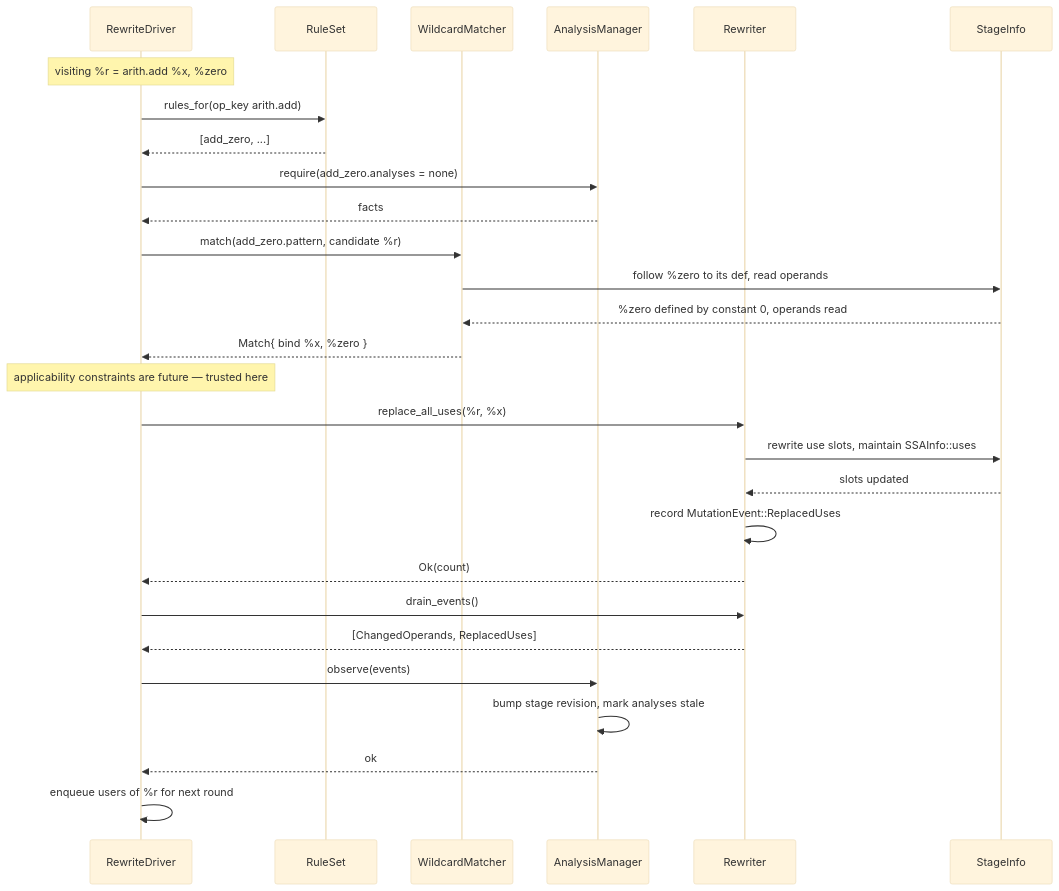
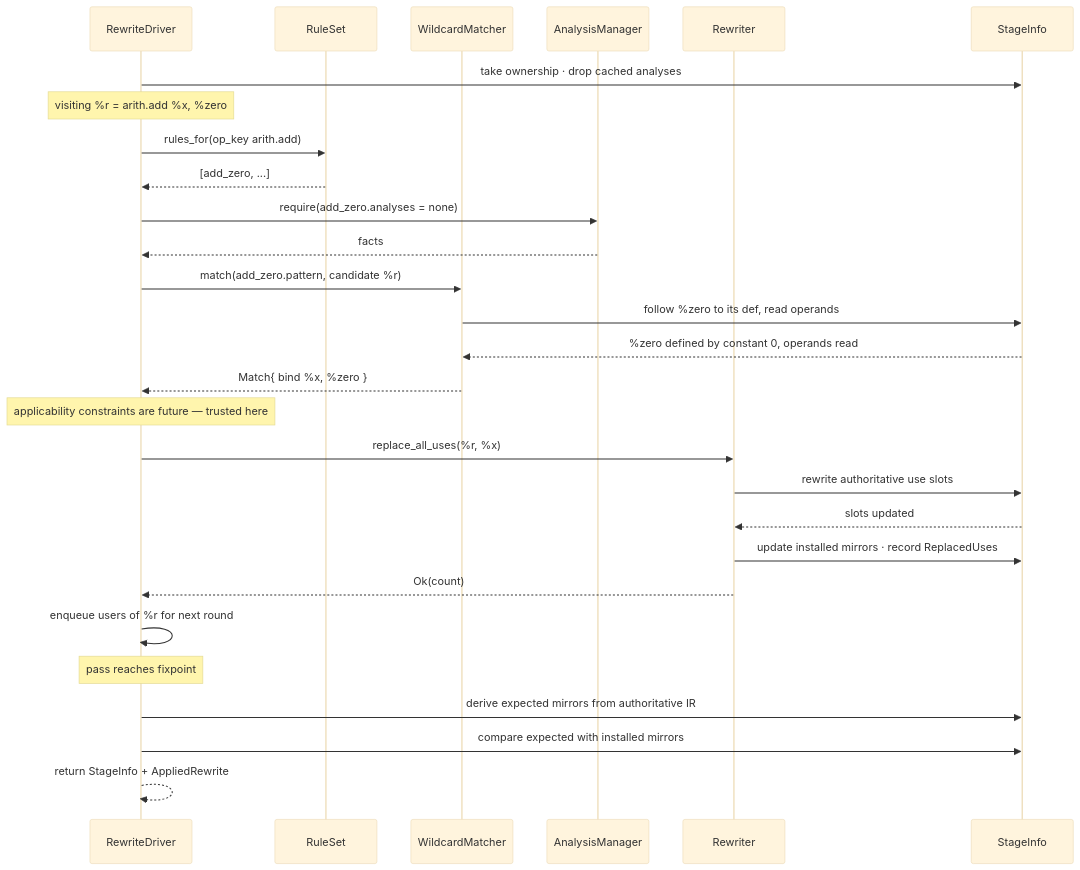
The third of 3 diagrams in docs/design/rewrite-engine.md (QuEraComputing/kirin), drawn with Mermaid (base theme) before and after one commit. The commit also changed other lines of this file and 5 other files, not shown here.

````diff
--- a/docs/design/rewrite-engine.md
+++ b/docs/design/rewrite-engine.md
@@ -184,31 +215,30 @@
 ```mermaid
 sequenceDiagram
   participant D as RewriteDriver
   participant RS as RuleSet
   participant M as WildcardMatcher
   participant AM as AnalysisManager
   participant RW as Rewriter
   participant IR as StageInfo
-
+  D->>IR: take ownership · drop cached analyses
   Note over D: visiting %r = arith.add %x, %zero
   D->>RS: rules_for(op_key arith.add)
   RS-->>D: [add_zero, ...]
   D->>AM: require(add_zero.analyses = none)
   AM-->>D: facts
   D->>M: match(add_zero.pattern, candidate %r)
   M->>IR: follow %zero to its def, read operands
   IR-->>M: %zero defined by constant 0, operands read
   M-->>D: Match{ bind %x, %zero }
   Note over D: applicability constraints are future — trusted here
   D->>RW: replace_all_uses(%r, %x)
-  RW->>IR: rewrite use slots, maintain SSAInfo::uses
+  RW->>IR: rewrite authoritative use slots
   IR-->>RW: slots updated
-  RW->>RW: record MutationEvent::ReplacedUses
+  RW->>IR: update installed mirrors · record ReplacedUses
   RW-->>D: Ok(count)
-  D->>RW: drain_events()
-  RW-->>D: [ChangedOperands, ReplacedUses]
-  D->>AM: observe(events)
-  AM->>AM: bump stage revision, mark analyses stale
-  AM-->>D: ok
   D->>D: enqueue users of %r for next round
+  Note over D: pass reaches fixpoint
+  D->>IR: derive expected mirrors from authoritative IR
+  D->>IR: compare expected with installed mirrors
+  D-->>D: return StageInfo + AppliedRewrite
 ```
````
